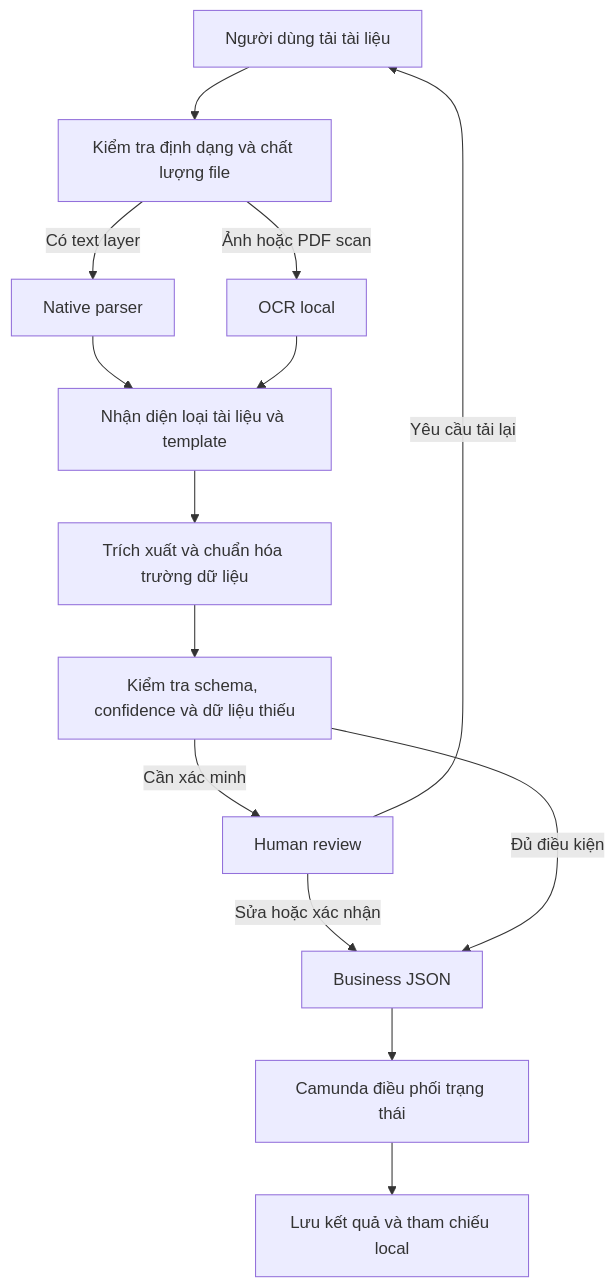
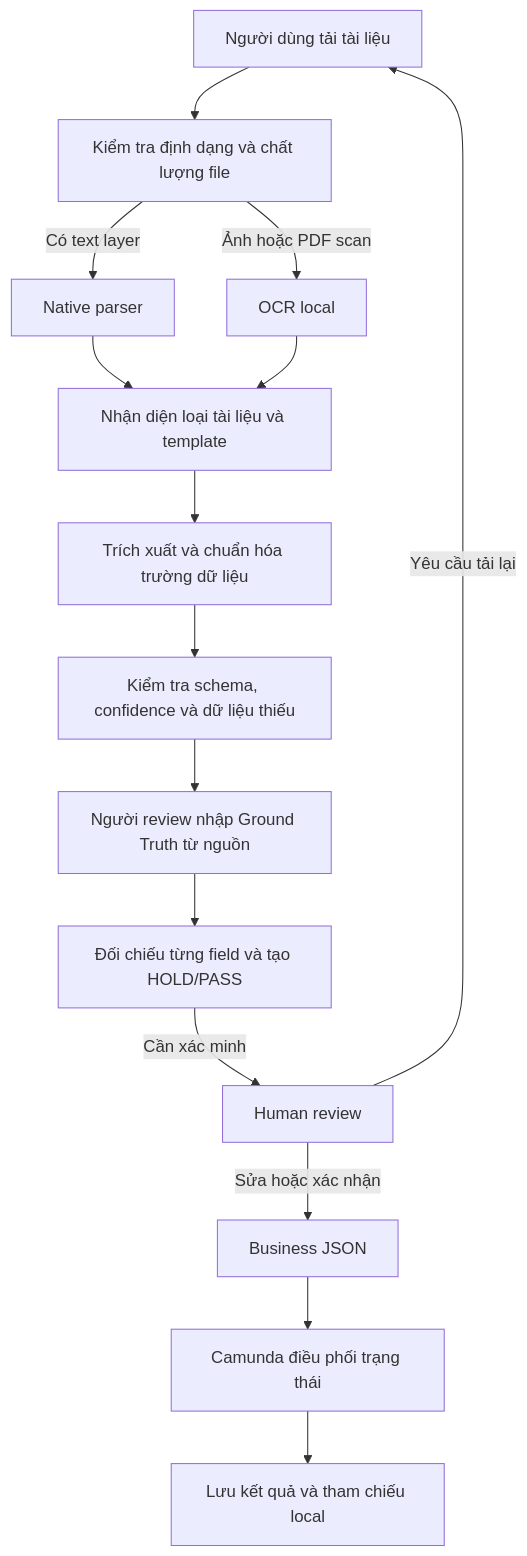
One commit to tandung060604-prog/hcns-automation-agent changed the diagram in README.md. Above: the diagram before and after it, drawn with Mermaid. The commit also changed other lines of this file and 15 other files, not shown here.

````diff
--- a/README.md
+++ b/README.md
@@ -59,16 +79,17 @@
 ```mermaid
 flowchart TD
     A["Người dùng tải tài liệu"] --> B["Kiểm tra định dạng và chất lượng file"]
     B -->|"Có text layer"| C["Native parser"]
     B -->|"Ảnh hoặc PDF scan"| D["OCR local"]
     C --> E["Nhận diện loại tài liệu và template"]
     D --> E
     E --> F["Trích xuất và chuẩn hóa trường dữ liệu"]
     F --> G["Kiểm tra schema, confidence và dữ liệu thiếu"]
-    G -->|"Cần xác minh"| H["Human review"]
-    H -->|"Sửa hoặc xác nhận"| I["Business JSON"]
-    H -->|"Yêu cầu tải lại"| A
-    G -->|"Đủ điều kiện"| I
-    I --> J["Camunda điều phối trạng thái"]
-    J --> K["Lưu kết quả và tham chiếu local"]
+    G --> H["Người review nhập Ground Truth từ nguồn"]
+    H --> I["Đối chiếu từng field và tạo HOLD/PASS"]
+    I -->|"Cần xác minh"| J["Human review"]
+    J -->|"Sửa hoặc xác nhận"| K["Business JSON"]
+    J -->|"Yêu cầu tải lại"| A
+    K --> L["Camunda điều phối trạng thái"]
+    L --> M["Lưu kết quả và tham chiếu local"]
 ```
````
